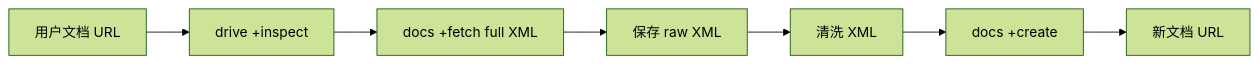
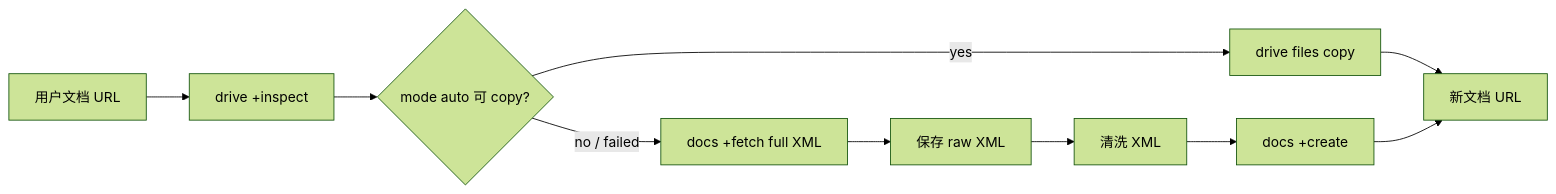
One commit to yilane/lark-doc-cloner changed the diagram in references/technical-design.md. Above: the diagram before and after it, drawn with Mermaid (forest theme). The commit also changed other lines of this file and 4 other files, not shown here.

````diff
--- a/references/technical-design.md
+++ b/references/technical-design.md
@@ -37,9 +37,12 @@
 ```mermaid
 flowchart LR
   A["用户文档 URL"] --> B["drive +inspect"]
-  B --> C["docs +fetch full XML"]
-  C --> D["保存 raw XML"]
-  D --> E["清洗 XML"]
-  E --> F["docs +create"]
-  F --> G["新文档 URL"]
+  B --> C{"mode auto 可 copy?"}
+  C -->|yes| H["drive files copy"]
+  C -->|no / failed| D["docs +fetch full XML"]
+  D --> E["保存 raw XML"]
+  E --> F["清洗 XML"]
+  F --> G["docs +create"]
+  H --> I["新文档 URL"]
+  G --> I
 ```
````
